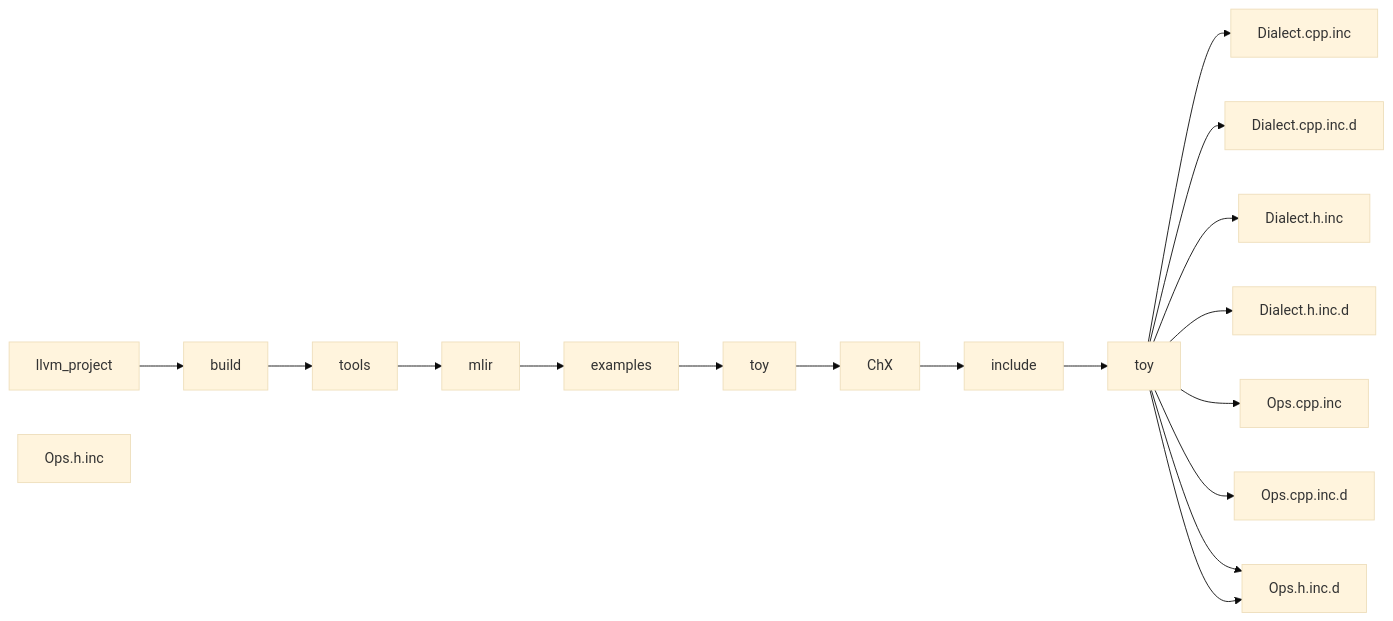
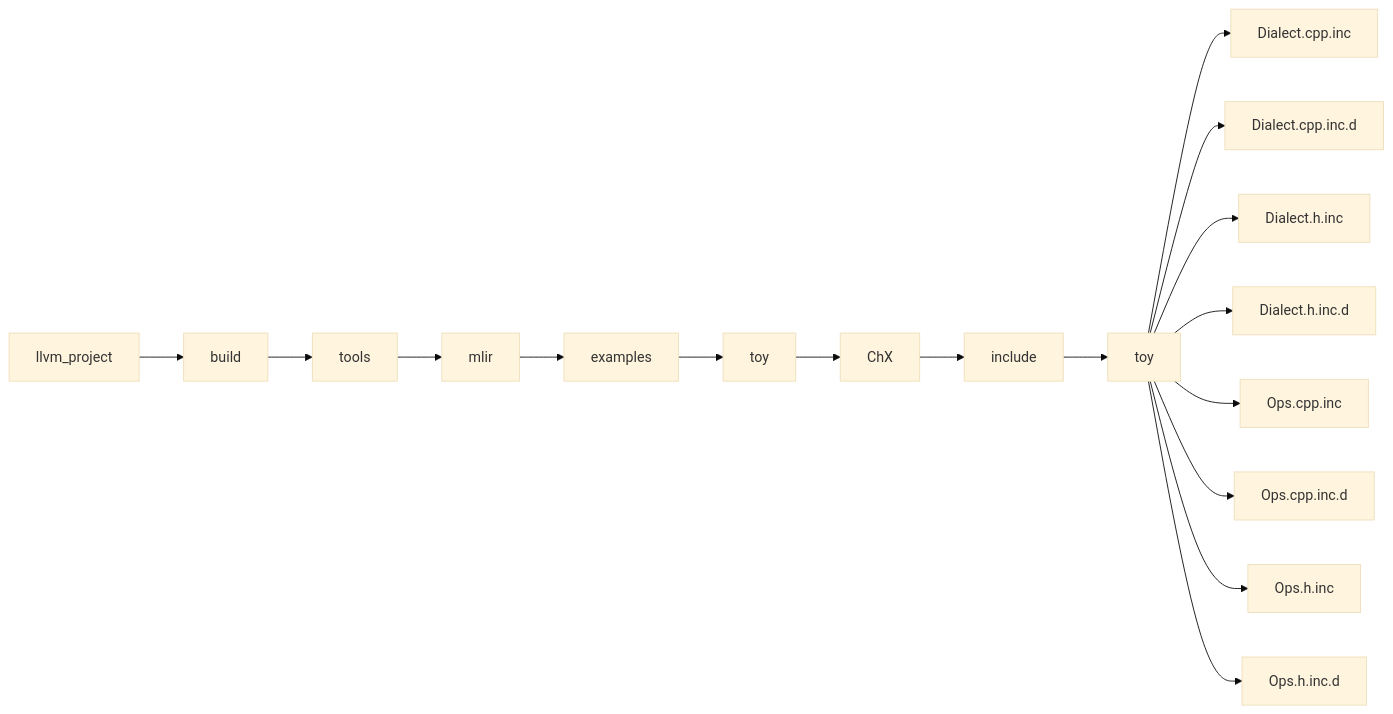
The second of 2 diagrams in Ch2.md (Ameya674/mlir_for_beginners), drawn with Mermaid (base theme) before and after one commit.

````diff
--- a/Ch2.md
+++ b/Ch2.md
@@ -133,45 +133,45 @@
 ```mermaid
 graph LR
   llvm_project["llvm_project"]
   build["build"]
 
   llvm_project --> build
 
   build_tools["tools"]
 
   build --> build_tools
 
   tools_mlir["mlir"]
   tools_mlir_examples["examples"]
   tools_mlir_examples_toy["toy"]
   tools_mlir_examples_toy_ChX["ChX"]
   tools_mlir_examples_toy_ChX_include["include"]
   tools_mlir_examples_toy_ChX_include_toy["toy"]
 
   Dialect.cpp.inc["Dialect.cpp.inc"]
   Dialect.cpp.inc.d["Dialect.cpp.inc.d"]
   Dialect.h.inc["Dialect.h.inc"]
   Dialect.h.inc.d["Dialect.h.inc.d"]
   Ops.cpp.inc["Ops.cpp.inc"]
   Ops.cpp.inc.d["Ops.cpp.inc.d"]
   Ops.h.inc["Ops.h.inc"]
   Ops.h.inc.d["Ops.h.inc.d"]
 
   build_tools --> tools_mlir
   tools_mlir --> tools_mlir_examples
   tools_mlir_examples --> tools_mlir_examples_toy
   tools_mlir_examples_toy --> tools_mlir_examples_toy_ChX
   tools_mlir_examples_toy_ChX --> tools_mlir_examples_toy_ChX_include
   tools_mlir_examples_toy_ChX_include --> tools_mlir_examples_toy_ChX_include_toy
 
   tools_mlir_examples_toy_ChX_include_toy --> Dialect.cpp.inc
   tools_mlir_examples_toy_ChX_include_toy --> Dialect.cpp.inc.d
   tools_mlir_examples_toy_ChX_include_toy --> Dialect.h.inc
   tools_mlir_examples_toy_ChX_include_toy --> Dialect.h.inc.d
   tools_mlir_examples_toy_ChX_include_toy --> Ops.cpp.inc
   tools_mlir_examples_toy_ChX_include_toy --> Ops.cpp.inc.d
-  tools_mlir_examples_toy_ChX_include_toy --> Ops.h.inc.d
+  tools_mlir_examples_toy_ChX_include_toy --> Ops.h.inc
   tools_mlir_examples_toy_ChX_include_toy --> Ops.h.inc.d
 
   classDef yellow fill:#ff0,stroke:#333,stroke-width:2px,color:#000;
 ```
````
